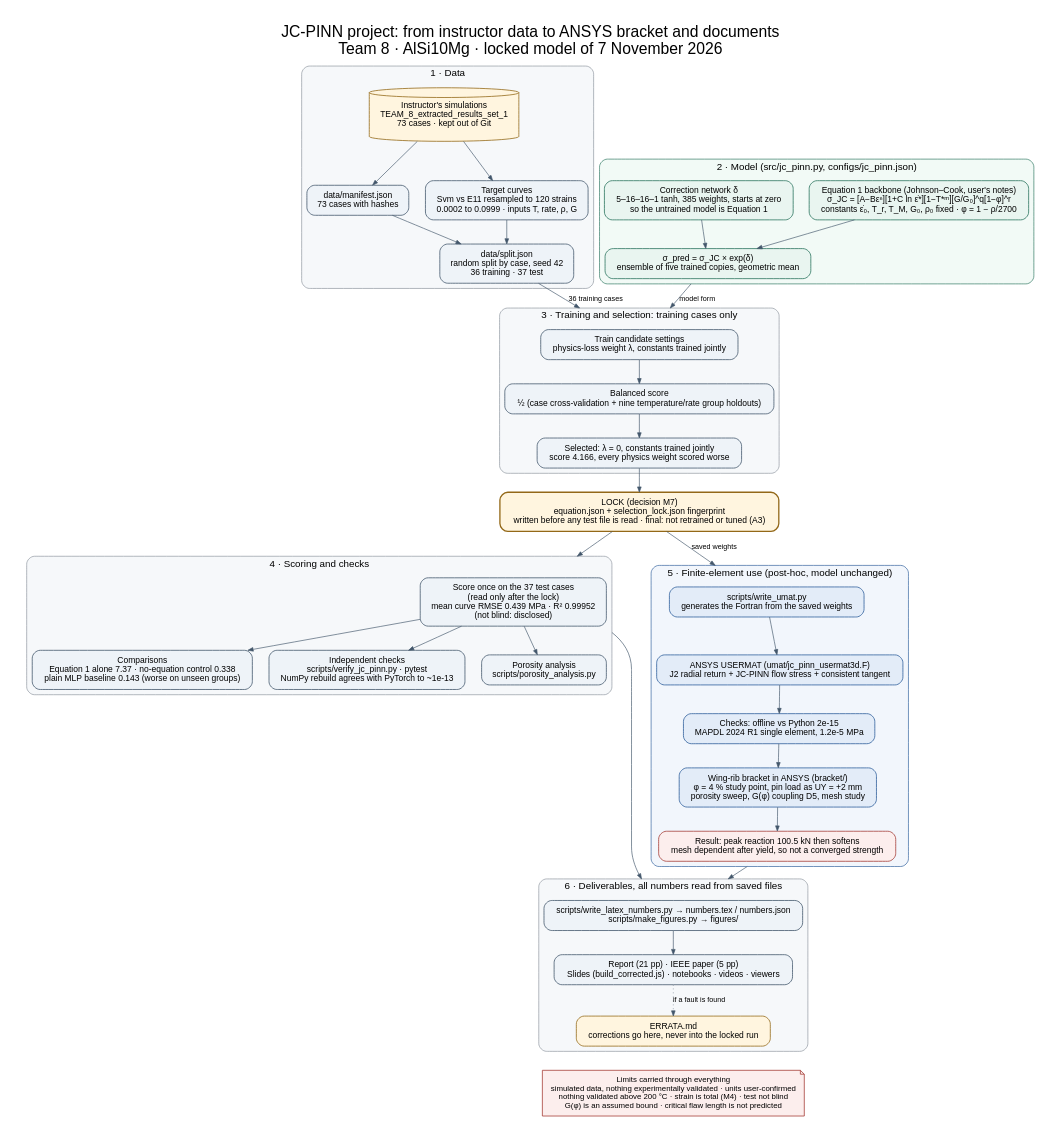
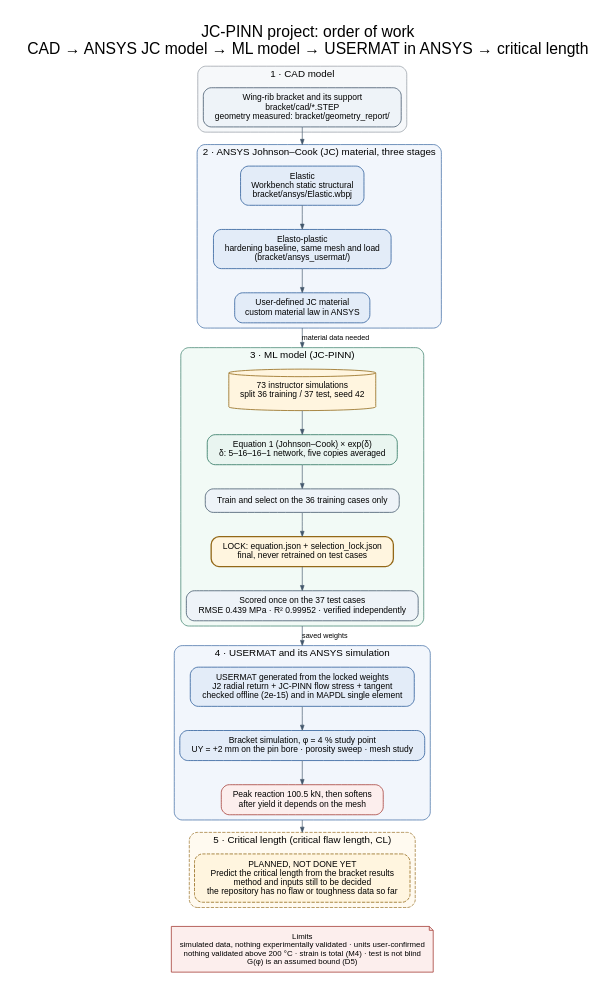
The diagram in docs/project-flowchart/project.dot (SaravananRamar06/MMM-ML), drawn with Graphviz before and after one commit. The commit also changed 6 other files, not shown here.

First line of the commit message:
Redraw project flowcharts in the team's order of work

```diff
--- a/docs/project-flowchart/project.dot
+++ b/docs/project-flowchart/project.dot
@@ -1,74 +1,49 @@
 digraph PROJECT {
-  graph [rankdir=TB, bgcolor="white", pad=0.35, nodesep=0.35, ranksep=0.5, compound=true,
-    fontname="Arial", fontsize=24, labelloc=t, newrank=true,
-    label="JC-PINN project: from instructor data to ANSYS bracket and documents\nTeam 8 · AlSi10Mg · locked model of 7 November 2026"];
+  graph [rankdir=TB, bgcolor="white", pad=0.35, nodesep=0.4, ranksep=0.5, compound=true, newrank=true,
+    fontname="Arial", fontsize=24, labelloc=t,
+    label="JC-PINN project: order of work\nCAD → ANSYS JC model → ML model → USERMAT in ANSYS → critical length"];
   node [shape=box, style="rounded,filled", fillcolor="#eef3f8", color="#42566b",
     fontname="Arial", fontsize=13, margin="0.18,0.12", penwidth=1.2];
   edge [fontname="Arial", fontsize=11, color="#42566b", arrowsize=0.8];
 
-  subgraph cluster_data { label="1 · Data"; style="rounded,filled"; fillcolor="#f6f8fa"; color="#8a939c"; fontname="Arial"; fontsize=15;
-    raw [shape=cylinder, fillcolor="#fff5df", color="#936818",
-      label="Instructor's simulations\nTEAM_8_extracted_results_set_1\n73 cases · kept out of Git"];
-    manifest [label="data/manifest.json\n73 cases with hashes"];
-    split [label="data/split.json\nrandom split by case, seed 42\n36 training · 37 test"];
-    curves [label="Target curves\nSvm vs E11 resampled to 120 strains\n0.0002 to 0.0999 · inputs T, rate, ρ, G"];
-    raw -> manifest; raw -> curves; manifest -> split; curves -> split;
+  subgraph cluster_cad { label="1 · CAD model"; style="rounded,filled"; fillcolor="#f6f8fa"; color="#8a939c"; fontname="Arial"; fontsize=15;
+    cad [label="Wing-rib bracket and its support\nbracket/cad/*.STEP\ngeometry measured: bracket/geometry_report/"];
   }
 
-  subgraph cluster_model { label="2 · Model (src/jc_pinn.py, configs/jc_pinn.json)"; style="rounded,filled"; fillcolor="#f2faf6"; color="#28735d"; fontname="Arial"; fontsize=15;
-    eq1 [fillcolor="#e9f5f0", color="#28735d",
-      label="Equation 1 backbone (Johnson–Cook, user's notes)\nσ_JC = [A−Bεⁿ][1+C ln ε̇*][1−T*ᵐ][G/G₀]^q[1−φ]^r\nconstants ε̇₀, T_r, T_M, G₀, ρ₀ fixed · φ = 1 − ρ/2700"];
-    net [fillcolor="#e9f5f0", color="#28735d",
-      label="Correction network δ\n5–16–16–1 tanh, 385 weights, starts at zero\nso the untrained model is Equation 1"];
-    prod [fillcolor="#e9f5f0", color="#28735d",
-      label="σ_pred = σ_JC × exp(δ)\nensemble of five trained copies, geometric mean"];
-    eq1 -> prod; net -> prod;
+  subgraph cluster_jc { label="2 · ANSYS Johnson–Cook (JC) material, three stages"; style="rounded,filled"; fillcolor="#f2f6fc"; color="#2c5d9a"; fontname="Arial"; fontsize=15;
+    el [fillcolor="#e3ecf8", color="#2c5d9a", label="Elastic\nWorkbench static structural\nbracket/ansys/Elastic.wbpj"];
+    ep [fillcolor="#e3ecf8", color="#2c5d9a", label="Elasto-plastic\nhardening baseline, same mesh and load\n(bracket/ansys_usermat/)"];
+    ud [fillcolor="#e3ecf8", color="#2c5d9a", label="User-defined JC material\ncustom material law in ANSYS"];
+    el -> ep -> ud;
   }
 
-  subgraph cluster_select { label="3 · Training and selection: training cases only"; style="rounded,filled"; fillcolor="#f6f8fa"; color="#8a939c"; fontname="Arial"; fontsize=15;
-    train [label="Train candidate settings\nphysics-loss weight λ, constants trained jointly"];
-    score [label="Balanced score\n½ (case cross-validation + nine temperature/rate group holdouts)"];
-    pick [label="Selected: λ = 0, constants trained jointly\nscore 4.166, every physics weight scored worse"];
-    train -> score -> pick;
+  subgraph cluster_ml { label="3 · ML model (JC-PINN)"; style="rounded,filled"; fillcolor="#f2faf6"; color="#28735d"; fontname="Arial"; fontsize=15;
+    data [shape=cylinder, fillcolor="#fff5df", color="#936818", label="73 instructor simulations\nsplit 36 training / 37 test, seed 42"];
+    model [fillcolor="#e9f5f0", color="#28735d", label="Equation 1 (Johnson–Cook) × exp(δ)\nδ: 5–16–16–1 network, five copies averaged"];
+    sel [label="Train and select on the 36 training cases only"];
+    lock [style="rounded,filled,bold", fillcolor="#fff5df", color="#936818", penwidth=2, label="LOCK: equation.json + selection_lock.json\nfinal, never retrained on test cases"];
+    test [label="Scored once on the 37 test cases\nRMSE 0.439 MPa · R² 0.99952 · verified independently"];
+    data -> model -> sel -> lock -> test;
   }
 
-  lock [shape=box, style="rounded,filled,bold", fillcolor="#fff5df", color="#936818", penwidth=2,
-    label="LOCK (decision M7)\nequation.json + selection_lock.json fingerprint\nwritten before any test file is read · final: not retrained or tuned (A3)"];
-
-  subgraph cluster_test { label="4 · Scoring and checks"; style="rounded,filled"; fillcolor="#f6f8fa"; color="#8a939c"; fontname="Arial"; fontsize=15;
-    test [label="Score once on the 37 test cases\n(read only after the lock)\nmean curve RMSE 0.439 MPa · R² 0.99952\n(not blind: disclosed)"];
-    controls [label="Comparisons\nEquation 1 alone 7.37 · no-equation control 0.338\nplain MLP baseline 0.143 (worse on unseen groups)"];
-    verify [label="Independent checks\nscripts/verify_jc_pinn.py · pytest\nNumPy rebuild agrees with PyTorch to ~1e-13"];
-    por [label="Porosity analysis\nscripts/porosity_analysis.py"];
-    test -> controls; test -> verify; test -> por;
+  subgraph cluster_um { label="4 · USERMAT and its ANSYS simulation"; style="rounded,filled"; fillcolor="#f2f6fc"; color="#2c5d9a"; fontname="Arial"; fontsize=15;
+    um [fillcolor="#e3ecf8", color="#2c5d9a", label="USERMAT generated from the locked weights\nJ2 radial return + JC-PINN flow stress + tangent\nchecked offline (2e-15) and in MAPDL single element"];
+    sim [fillcolor="#e3ecf8", color="#2c5d9a", label="Bracket simulation, φ = 4 % study point\nUY = +2 mm on the pin bore · porosity sweep · mesh study"];
+    res [fillcolor="#fceeed", color="#a43d36", label="Peak reaction 100.5 kN, then softens\nafter yield it depends on the mesh"];
+    um -> sim -> res;
   }
 
-  subgraph cluster_fe { label="5 · Finite-element use (post-hoc, model unchanged)"; style="rounded,filled"; fillcolor="#f2f6fc"; color="#2c5d9a"; fontname="Arial"; fontsize=15;
-    gen [fillcolor="#e3ecf8", color="#2c5d9a", label="scripts/write_umat.py\ngenerates the Fortran from the saved weights"];
-    umat [fillcolor="#e3ecf8", color="#2c5d9a", label="ANSYS USERMAT (umat/jc_pinn_usermat3d.F)\nJ2 radial return + JC-PINN flow stress + consistent tangent"];
-    uver [fillcolor="#e3ecf8", color="#2c5d9a", label="Checks: offline vs Python 2e-15\nMAPDL 2024 R1 single element, 1.2e-5 MPa"];
-    bracket [fillcolor="#e3ecf8", color="#2c5d9a", label="Wing-rib bracket in ANSYS (bracket/)\nφ = 4 % study point, pin load as UY = +2 mm\nporosity sweep, G(φ) coupling D5, mesh study"];
-    fres [fillcolor="#fceeed", color="#a43d36", label="Result: peak reaction 100.5 kN then softens\nmesh dependent after yield, so not a converged strength"];
-    gen -> umat -> uver -> bracket -> fres;
-  }
-
-  subgraph cluster_out { label="6 · Deliverables, all numbers read from saved files"; style="rounded,filled"; fillcolor="#f6f8fa"; color="#8a939c"; fontname="Arial"; fontsize=15;
-    nums [label="scripts/write_latex_numbers.py → numbers.tex / numbers.json\nscripts/make_figures.py → figures/"];
-    docs [label="Report (21 pp) · IEEE paper (5 pp)\nSlides (build_corrected.js) · notebooks · videos · viewers"];
-    errata [label="ERRATA.md\ncorrections go here, never into the locked run", fillcolor="#fff5df", color="#936818"];
-    nums -> docs;
+  subgraph cluster_cl { label="5 · Critical length (critical flaw length, CL)"; style="rounded,dashed,filled"; fillcolor="#fffaf0"; color="#936818"; fontname="Arial"; fontsize=15;
+    cl [style="rounded,dashed,filled", fillcolor="#fff5df", color="#936818",
+      label="PLANNED, NOT DONE YET\nPredict the critical length from the bracket results\nmethod and inputs still to be decided\nthe repository has no flaw or toughness data so far"];
   }
 
   limits [shape=note, fillcolor="#fceeed", color="#a43d36", fontsize=12,
-    label="Limits carried through everything\nsimulated data, nothing experimentally validated · units user-confirmed\nnothing validated above 200 °C · strain is total (M4) · test not blind\nG(φ) is an assumed bound · critical flaw length is not predicted"];
+    label="Limits\nsimulated data, nothing experimentally validated · units user-confirmed\nnothing validated above 200 °C · strain is total (M4) · test is not blind\nG(φ) is an assumed bound (D5)"];
 
-  split -> train [lhead=cluster_select, label="36 training cases"];
-  prod -> train [ltail=cluster_model, lhead=cluster_select, label="model form"];
-  pick -> lock;
-  lock -> test [lhead=cluster_test];
-  lock -> gen [lhead=cluster_fe, label="saved weights"];
-  test -> nums [ltail=cluster_test, lhead=cluster_out];
-  fres -> nums [ltail=cluster_fe, lhead=cluster_out];
-  docs -> errata [style=dotted, label="if a fault is found"];
-  errata -> limits [style=invis];
+  cad -> el [lhead=cluster_jc];
+  ud -> data [ltail=cluster_jc, lhead=cluster_ml, label="material data needed"];
+  test -> um [ltail=cluster_ml, lhead=cluster_um, label="saved weights"];
+  res -> cl [ltail=cluster_um, lhead=cluster_cl];
+  cl -> limits [style=invis];
 }
```
